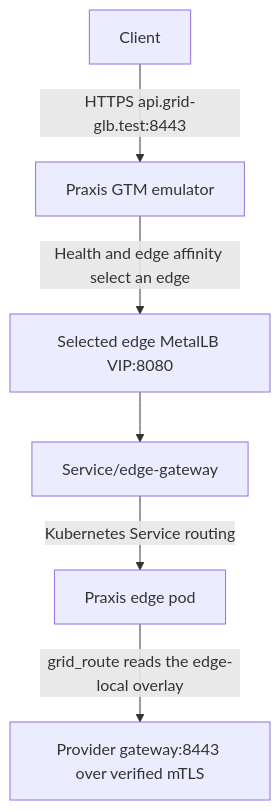
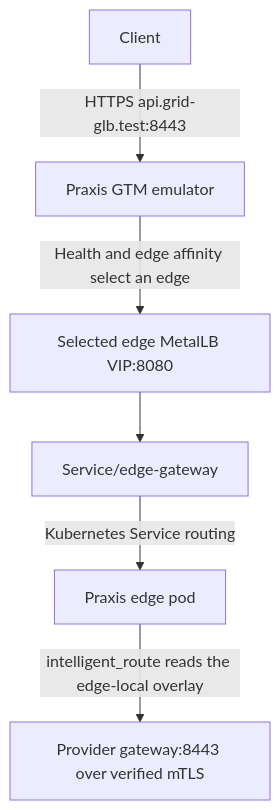
Before and after one commit to hexfusion/grid: the fourth of 9 diagrams in demos/grid-glb-demo/README.md, drawn with Mermaid. The commit also changed other lines of this file and 59 other files, not shown here.

````diff
--- a/demos/grid-glb-demo/README.md
+++ b/demos/grid-glb-demo/README.md
@@ -365,8 +379,8 @@
 ```mermaid
 flowchart TD
     Client[Client] -->|HTTPS api.grid-glb.test:8443| GTM[Praxis GTM emulator]
     GTM -->|Health and edge affinity select an edge| VIP[Selected edge MetalLB VIP:8080]
     VIP --> Service[Service/edge-gateway]
     Service -->|Kubernetes Service routing| Edge[Praxis edge pod]
-    Edge -->|grid_route reads the edge-local overlay| Provider[Provider gateway:8443 over verified mTLS]
+    Edge -->|intelligent_route reads the edge-local overlay| Provider[Provider gateway:8443 over verified mTLS]
 ```
````
